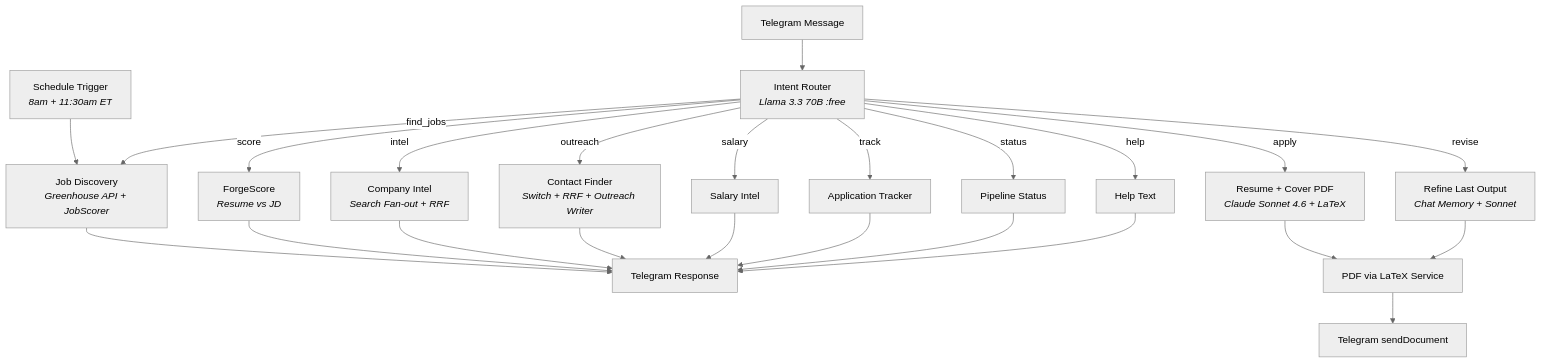
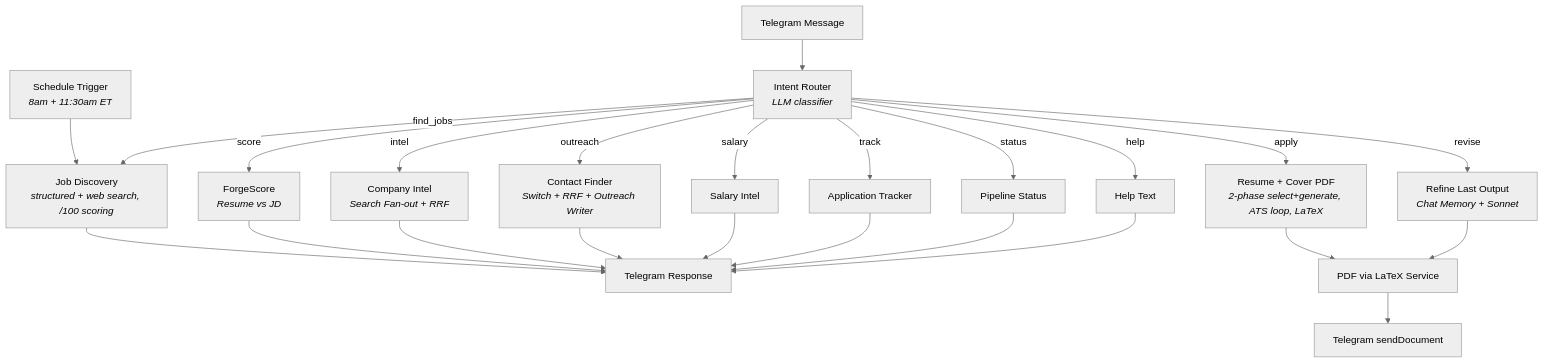
Before and after one commit to Career-Forge/n8n: the diagram in README.md, drawn with Mermaid (neutral theme). The commit also changed other lines of this file and 7 other files, not shown here.

````diff
--- a/README.md
+++ b/README.md
@@ -13,28 +13,28 @@
 ```mermaid
 flowchart TD
-    TG["Telegram Message"] --> ROUTER["Intent Router<br/><i>Llama 3.3 70B :free</i>"]
+    TG["Telegram Message"] --> ROUTER["Intent Router<br/><i>LLM classifier</i>"]
     CRON["Schedule Trigger<br/><i>8am + 11:30am ET</i>"] --> FIND
 
     ROUTER --> |help| HELP["Help Text"]
-    ROUTER --> |find_jobs| FIND["Job Discovery<br/><i>Greenhouse API + JobScorer</i>"]
-    ROUTER --> |apply| APPLY["Resume + Cover PDF<br/><i>Claude Sonnet 4.6 + LaTeX</i>"]
+    ROUTER --> |find_jobs| FIND["Job Discovery<br/><i>structured + web search, /100 scoring</i>"]
+    ROUTER --> |apply| APPLY["Resume + Cover PDF<br/><i>2-phase select+generate, ATS loop, LaTeX</i>"]
     ROUTER --> |revise| REVISE["Refine Last Output<br/><i>Chat Memory + Sonnet</i>"]
     ROUTER --> |score| SCORE["ForgeScore<br/><i>Resume vs JD</i>"]
     ROUTER --> |intel| INTEL["Company Intel<br/><i>Search Fan-out + RRF</i>"]
     ROUTER --> |outreach| OUTREACH["Contact Finder<br/><i>Switch + RRF + Outreach Writer</i>"]
     ROUTER --> |salary| SALARY["Salary Intel"]
     ROUTER --> |track| TRACK["Application Tracker"]
     ROUTER --> |status| STATUS["Pipeline Status"]
 
     FIND --> TG_OUT["Telegram Response"]
     APPLY --> PDF["PDF via LaTeX Service"]
     PDF --> TG_DOC["Telegram sendDocument"]
     REVISE --> PDF
     SCORE --> TG_OUT
     INTEL --> TG_OUT
     OUTREACH --> TG_OUT
     SALARY --> TG_OUT
     TRACK --> TG_OUT
     STATUS --> TG_OUT
     HELP --> TG_OUT
 ```
````
